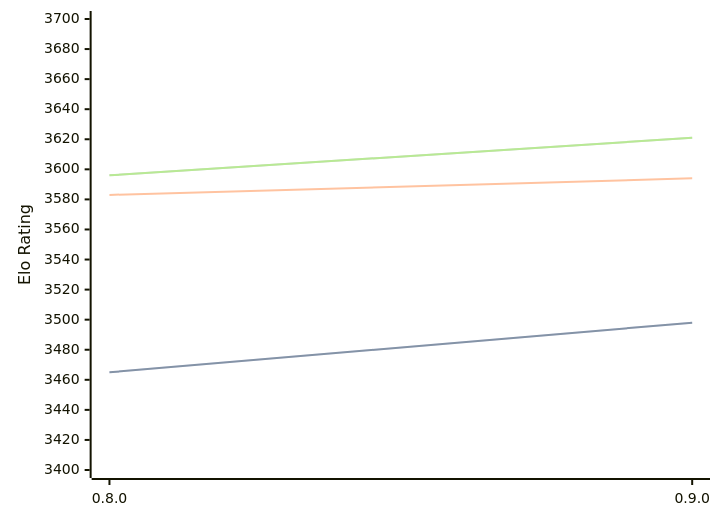
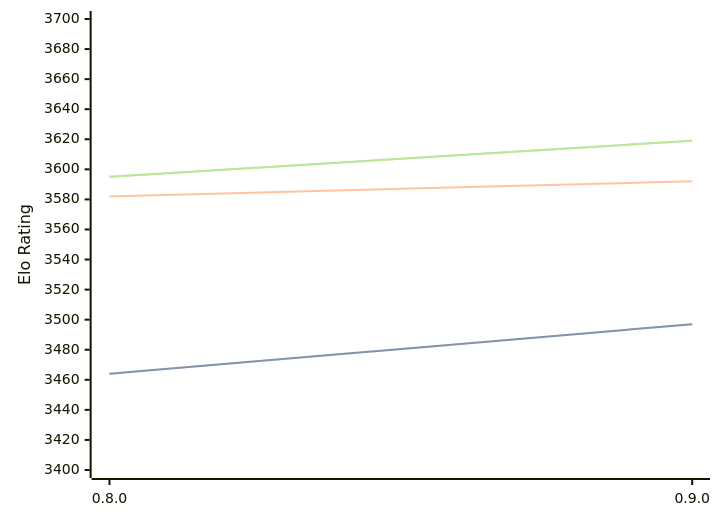
Before and after one commit to computer-chess-index/cci: the diagram in engines/Reckless.md, drawn with Mermaid. The commit also changed other lines of this file, not shown here.

Commit message:
Update CCI Ratings (ELO VLTC) - 2026-03-31

````diff
--- a/engines/Reckless.md
+++ b/engines/Reckless.md
@@ -39,11 +39,11 @@
 ```mermaid
 %%{init: {"theme":"base","themeVariables":{"seriesColors:['#a3a3a3','#222221','#faa371']}}}%%
 xychart-beta
   x-axis ["0.8.0", "0.9.0"]
   y-axis "Elo Rating" 3400 --> 3700
-  line "STC (8.0+0.08s)" [3465, 3498]
-  line "STC (8.0+0.08s)" [3465, 3498]
-  line "LTC (60.0+0.60s)" [3583, 3594]
-  line "VLTC (2m24s+1.12s)" [3596, 3621]
-  line "VLTC (2m24s+1.12s)" [3596, 3621]
+  line "STC (8.0+0.08s)" [3464, 3497]
+  line "STC (8.0+0.08s)" [3464, 3497]
+  line "LTC (60.0+0.60s)" [3582, 3592]
+  line "VLTC (2m24s+1.12s)" [3595, 3619]
+  line "VLTC (2m24s+1.12s)" [3595, 3619]
 ```
````
